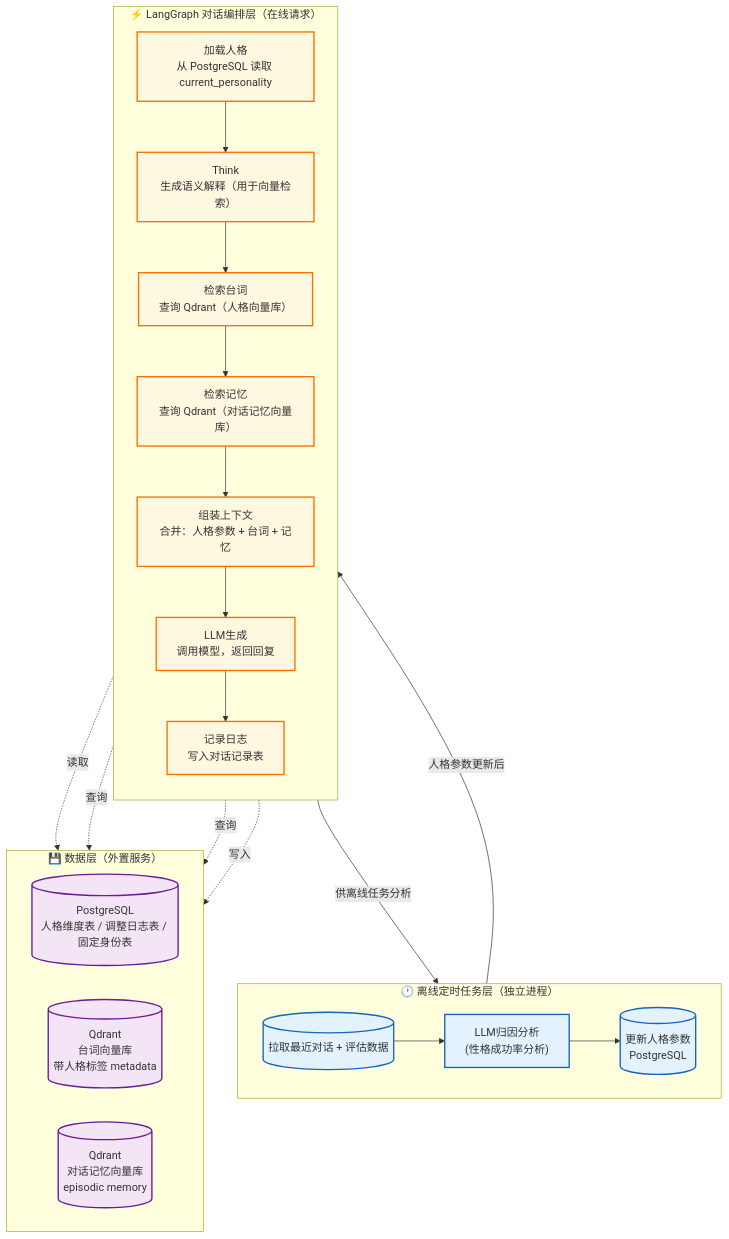
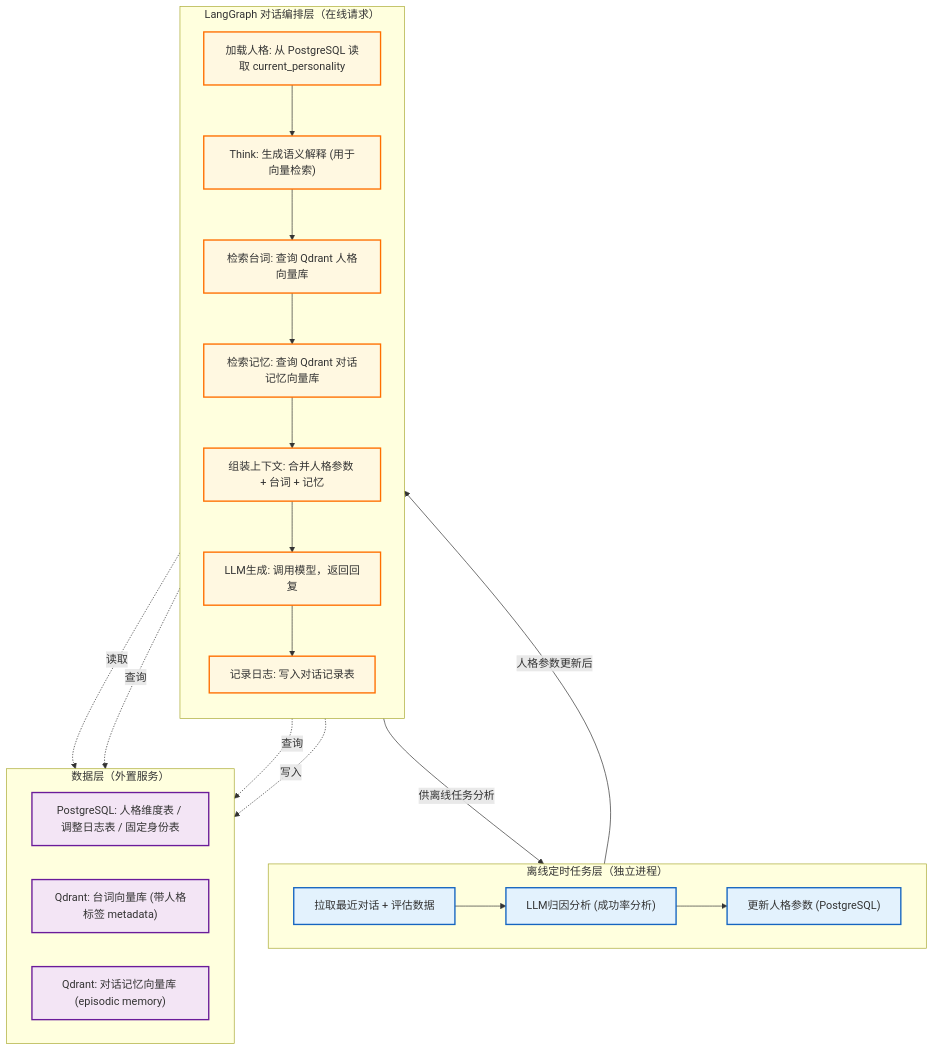
One commit to ianzhang1988/mr.data changed the diagram in Readme.md. Above: the diagram before and after it, drawn with Mermaid.

Commit message:
fix readme render

````diff
--- a/Readme.md
+++ b/Readme.md
@@ -10,63 +10,45 @@
 ``` mermaid
 flowchart TB
-    %% ============================================================
-    %% 1. 离线定时任务层（独立进程）
-    %% ============================================================
-    subgraph Offline["🕐 离线定时任务层（独立进程）"]
+    subgraph Offline["离线定时任务层（独立进程）"]
         direction LR
-        OFF1[("拉取最近对话 + 评估数据")] 
-        OFF2["LLM归因分析<br/>(性格成功率分析)"]
-        OFF3[("更新人格参数<br/>PostgreSQL")]
-        
+        OFF1["拉取最近对话 + 评估数据"]
+        OFF2["LLM归因分析 (成功率分析)"]
+        OFF3["更新人格参数 (PostgreSQL)"]
         OFF1 --> OFF2 --> OFF3
     end
 
-    %% ============================================================
-    %% 2. LangGraph 对话编排层（在线请求）
-    %% ============================================================
-    subgraph Online["⚡ LangGraph 对话编排层（在线请求）"]
+    subgraph Online["LangGraph 对话编排层（在线请求）"]
         direction TB
-        ON1["加载人格<br/>从 PostgreSQL 读取 current_personality"]
-        ON2["Think<br/>生成语义解释（用于向量检索）"]
-        ON3["检索台词<br/>查询 Qdrant（人格向量库）"]
-        ON4["检索记忆<br/>查询 Qdrant（对话记忆向量库）"]
-        ON5["组装上下文<br/>合并：人格参数 + 台词 + 记忆"]
-        ON6["LLM生成<br/>调用模型，返回回复"]
-        ON7["记录日志<br/>写入对话记录表"]
-        
+        ON1["加载人格: 从 PostgreSQL 读取 current_personality"]
+        ON2["Think: 生成语义解释 (用于向量检索)"]
+        ON3["检索台词: 查询 Qdrant 人格向量库"]
+        ON4["检索记忆: 查询 Qdrant 对话记忆向量库"]
+        ON5["组装上下文: 合并人格参数 + 台词 + 记忆"]
+        ON6["LLM生成: 调用模型，返回回复"]
+        ON7["记录日志: 写入对话记录表"]
         ON1 --> ON2 --> ON3 --> ON4 --> ON5 --> ON6 --> ON7
     end
 
-    %% ============================================================
-    %% 3. 数据层（外置服务）
-    %% ============================================================
-    subgraph Data["💾 数据层（外置服务）"]
+    subgraph Data["数据层（外置服务）"]
         direction LR
-        DB1[(PostgreSQL<br/>人格维度表 / 调整日志表 / 固定身份表)]
-        DB2[(Qdrant<br/>台词向量库<br/>带人格标签 metadata)]
-        DB3[(Qdrant<br/>对话记忆向量库<br/>episodic memory)]
+        DB1["PostgreSQL: 人格维度表 / 调整日志表 / 固定身份表"]
+        DB2["Qdrant: 台词向量库 (带人格标签 metadata)"]
+        DB3["Qdrant: 对话记忆向量库 (episodic memory)"]
     end
 
-    %% ============================================================
-    %% 跨层连接
-    %% ============================================================
     OFF3 -->|"人格参数更新后"| ON1
     ON7 -->|"供离线任务分析"| OFF1
     
     ON1 -.->|"读取"| DB1
     ON3 -.->|"查询"| DB2
     ON4 -.->|"查询"| DB3
     ON7 -.->|"写入"| DB1
 
-    %% ============================================================
-    %% 样式定义（方便统一调整）
-    %% ============================================================
     classDef offline fill:#e3f2fd,stroke:#1565c0,stroke-width:2px
-    classDef online  fill:#fff8e1,stroke:#ff6f00,stroke-width:2px
-    classDef data    fill:#f3e5f5,stroke:#6a1b9a,stroke-width:2px
-    classDef trigger fill:#ffcdd2,stroke:#c62828,stroke-dasharray: 5 5
+    classDef online fill:#fff8e1,stroke:#ff6f00,stroke-width:2px
+    classDef data fill:#f3e5f5,stroke:#6a1b9a,stroke-width:2px
 
     class OFF1,OFF2,OFF3 offline
     class ON1,ON2,ON3,ON4,ON5,ON6,ON7 online
     class DB1,DB2,DB3 data
 ```
````
